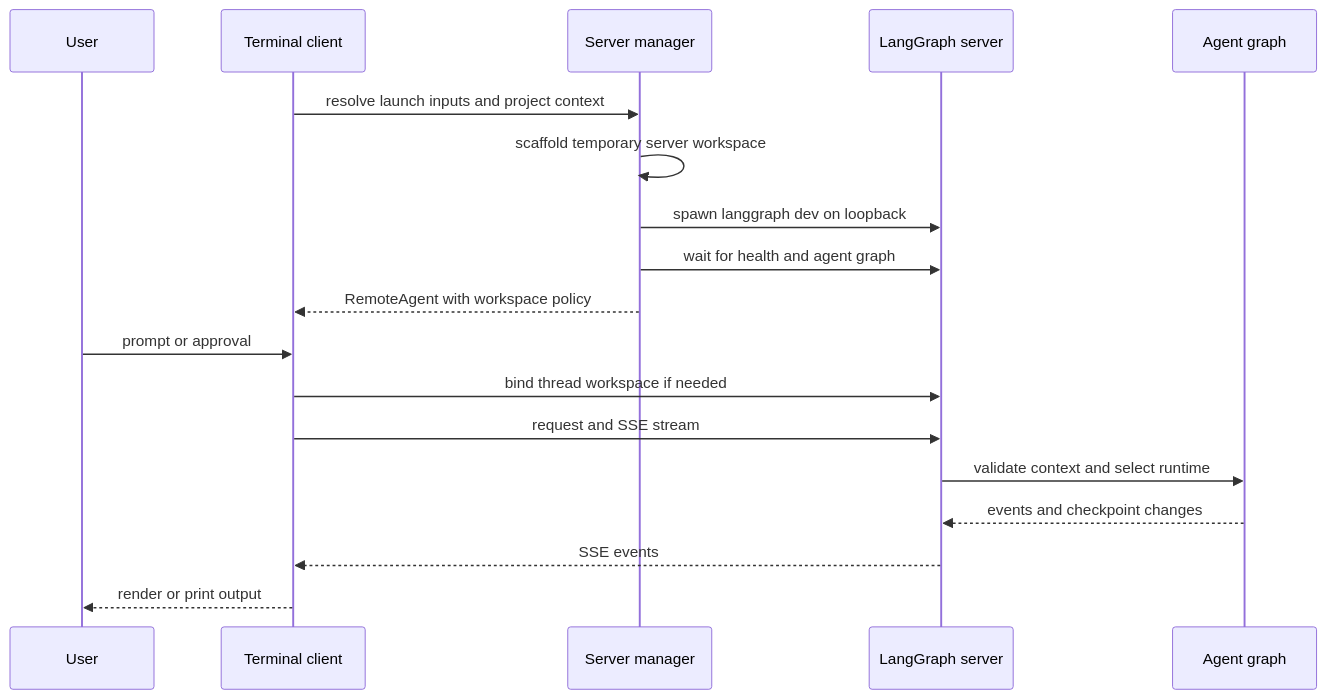
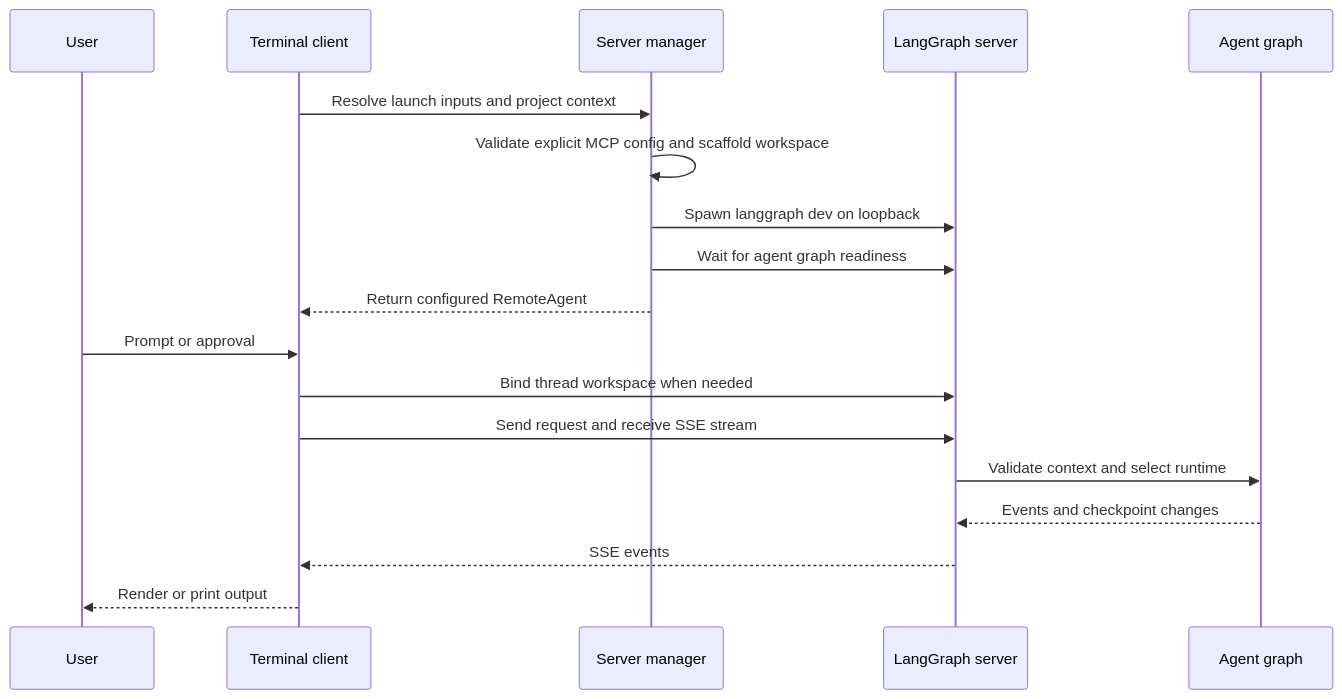
One commit to jkennedyvz/deepagents changed the diagram in openwiki/architecture/code-agent.md. Above: the diagram before and after it, drawn with Mermaid. The commit also changed other lines of this file and 63 other files, not shown here.

````diff
--- a/openwiki/architecture/code-agent.md
+++ b/openwiki/architecture/code-agent.md
@@ -54,21 +56,21 @@
 ```mermaid
 sequenceDiagram
     participant User
     participant Client as Terminal client
     participant Manager as Server manager
     participant Server as LangGraph server
     participant Graph as Agent graph
 
-    Client->>Manager: resolve launch inputs and project context
-    Manager->>Manager: scaffold temporary server workspace
-    Manager->>Server: spawn langgraph dev on loopback
-    Manager->>Server: wait for health and agent graph
-    Manager-->>Client: RemoteAgent with workspace policy
-    User->>Client: prompt or approval
-    Client->>Server: bind thread workspace if needed
-    Client->>Server: request and SSE stream
-    Server->>Graph: validate context and select runtime
-    Graph-->>Server: events and checkpoint changes
+    Client->>Manager: Resolve launch inputs and project context
+    Manager->>Manager: Validate explicit MCP config and scaffold workspace
+    Manager->>Server: Spawn langgraph dev on loopback
+    Manager->>Server: Wait for agent graph readiness
+    Manager-->>Client: Return configured RemoteAgent
+    User->>Client: Prompt or approval
+    Client->>Server: Bind thread workspace when needed
+    Client->>Server: Send request and receive SSE stream
+    Server->>Graph: Validate context and select runtime
+    Graph-->>Server: Events and checkpoint changes
     Server-->>Client: SSE events
-    Client-->>User: render or print output
+    Client-->>User: Render or print output
 ```
````
